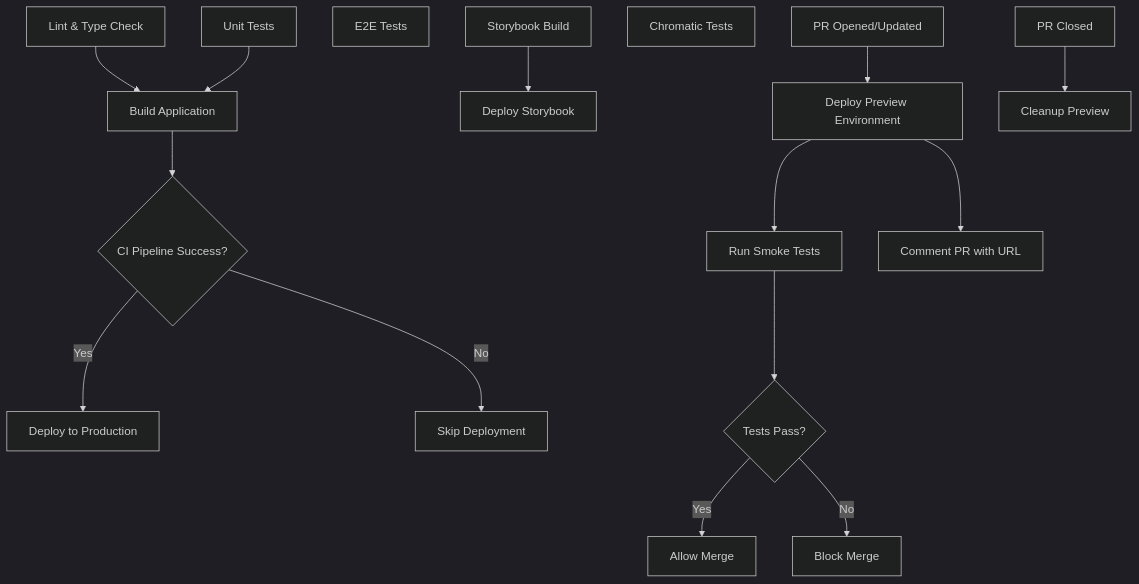
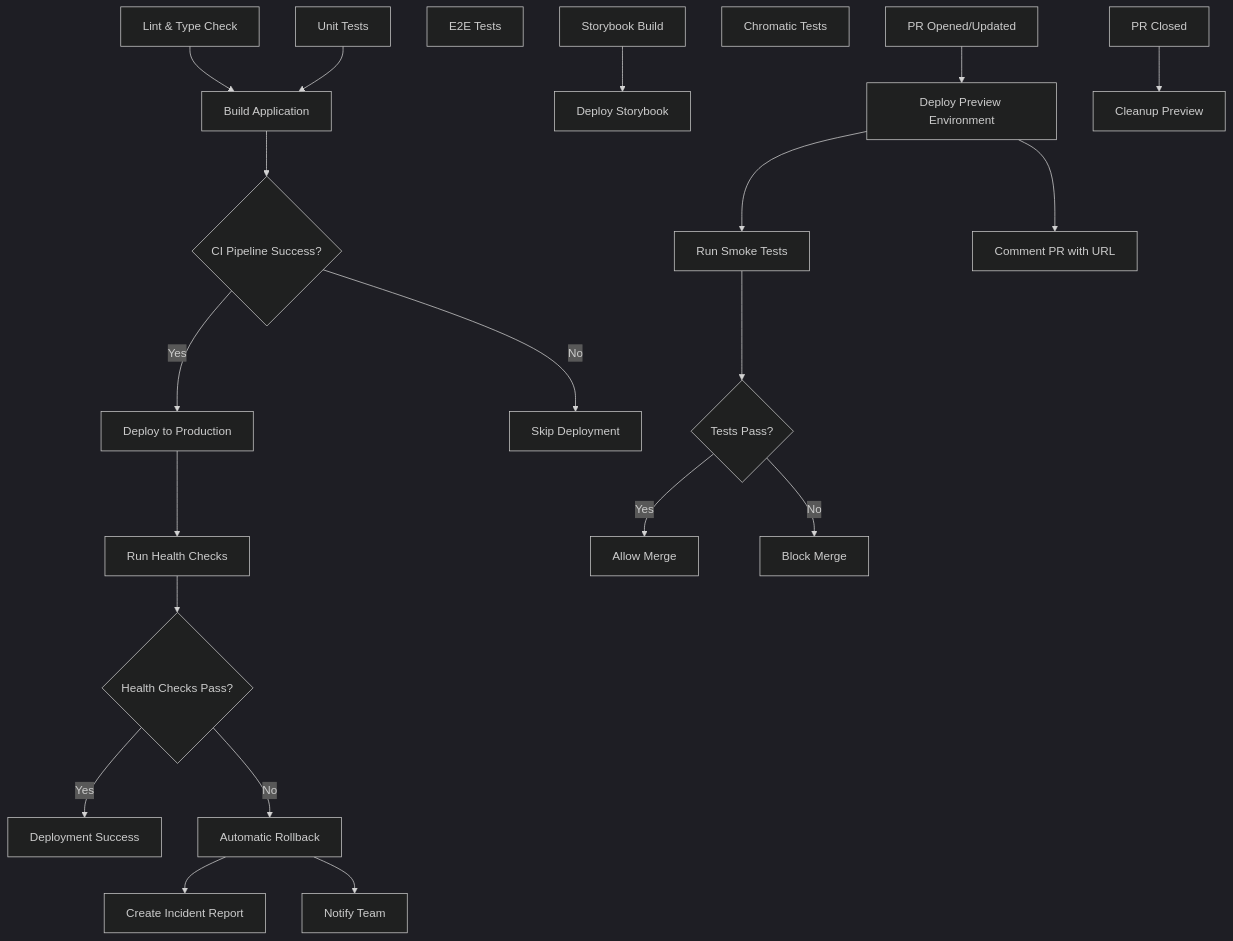
One commit to Krosebrook/pixel-perfect changed the diagram in docs/CI-CD.md. Above: the diagram before and after it, drawn with Mermaid (dark theme). The commit also changed other lines of this file and 1 other file, not shown here.

````diff
--- a/docs/CI-CD.md
+++ b/docs/CI-CD.md
@@ -157,18 +200,24 @@
 ```mermaid
 graph TD
     A[Lint & Type Check] --> D[Build Application]
     B[Unit Tests] --> D
     C[E2E Tests]
     D --> H{CI Pipeline Success?}
     H -->|Yes| E[Deploy to Production]
     H -->|No| I[Skip Deployment]
+    E --> T[Run Health Checks]
+    T --> U{Health Checks Pass?}
+    U -->|Yes| V[Deployment Success]
+    U -->|No| W[Automatic Rollback]
+    W --> X[Create Incident Report]
+    W --> Y[Notify Team]
     F[Storybook Build] --> G[Deploy Storybook]
     J[Chromatic Tests]
     K[PR Opened/Updated] --> L[Deploy Preview Environment]
     L --> M[Run Smoke Tests]
     M --> P{Tests Pass?}
     P -->|Yes| Q[Allow Merge]
     P -->|No| R[Block Merge]
     L --> S[Comment PR with URL]
     N[PR Closed] --> O[Cleanup Preview]
 ```
````
